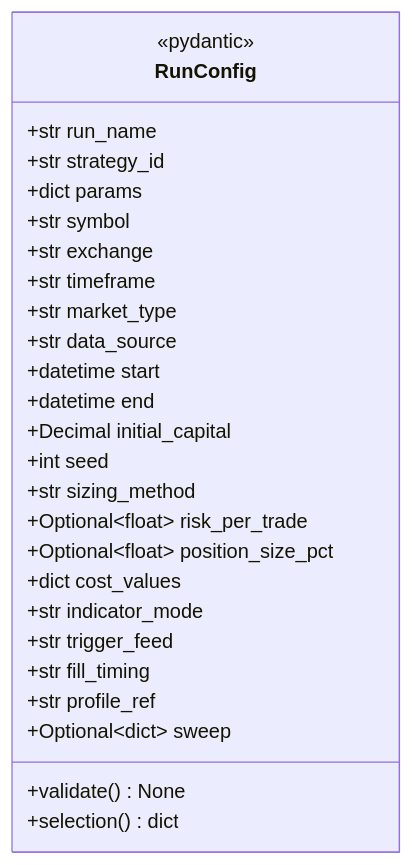
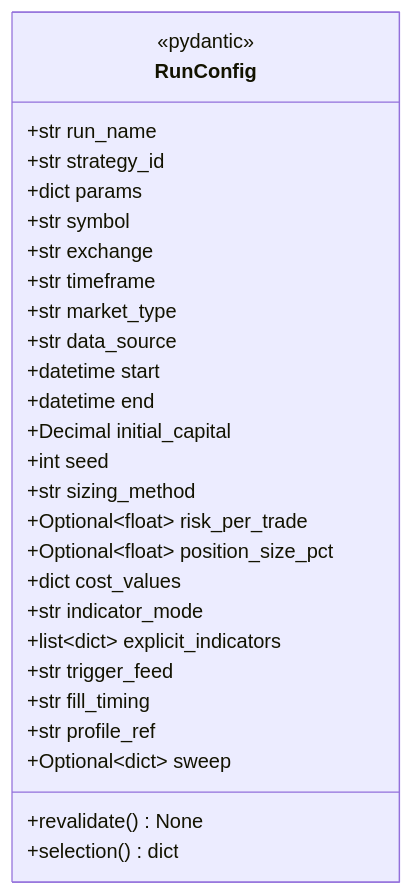
Before and after one commit to vessel35/trading-system-v2: diagram 22 of 28 in docs/fullspec/backtest_v2_detailed_design.md, drawn with Mermaid. The commit also changed other lines of this file and 2 other files, not shown here.

````diff
--- a/docs/fullspec/backtest_v2_detailed_design.md
+++ b/docs/fullspec/backtest_v2_detailed_design.md
@@ -3239,30 +3254,31 @@
 ```mermaid
 classDiagram
     direction LR
     class RunConfig {
         <<pydantic>>
         +str run_name
         +str strategy_id
         +dict params
         +str symbol
         +str exchange
         +str timeframe
         +str market_type
         +str data_source
         +datetime start
         +datetime end
         +Decimal initial_capital
         +int seed
         +str sizing_method
         +Optional~float~ risk_per_trade
         +Optional~float~ position_size_pct
         +dict cost_values
         +str indicator_mode
+        +list~dict~ explicit_indicators
         +str trigger_feed
         +str fill_timing
         +str profile_ref
         +Optional~dict~ sweep
-        +validate() None
+        +revalidate() None
         +selection() dict
     }
 ```
````
